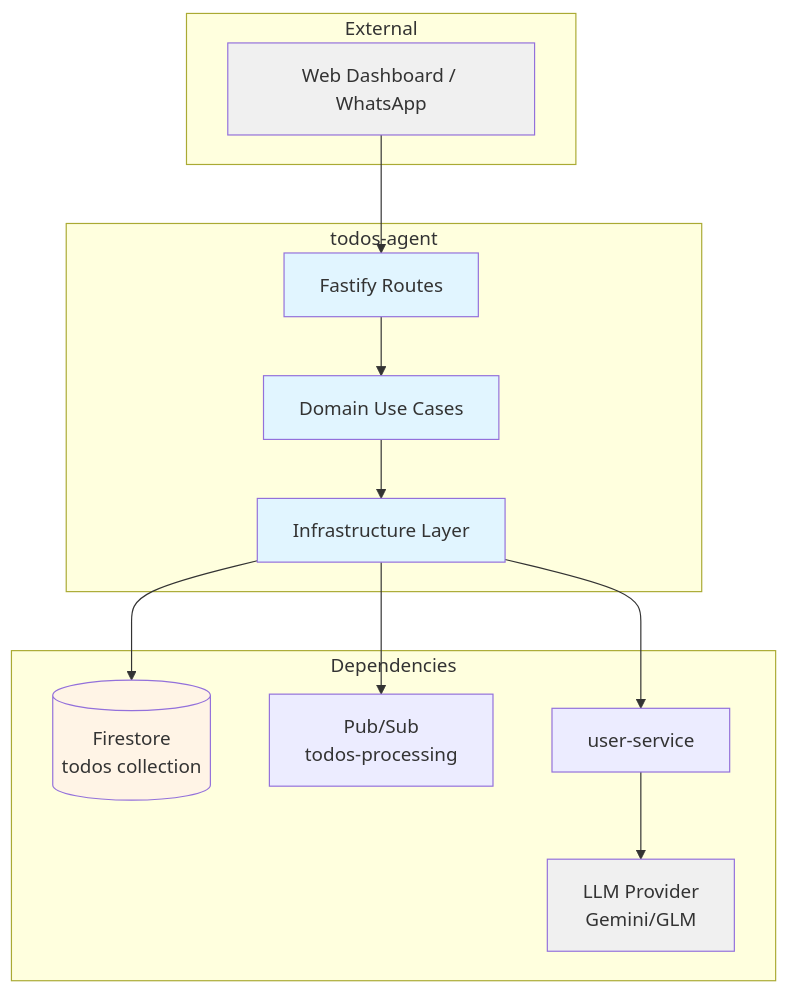
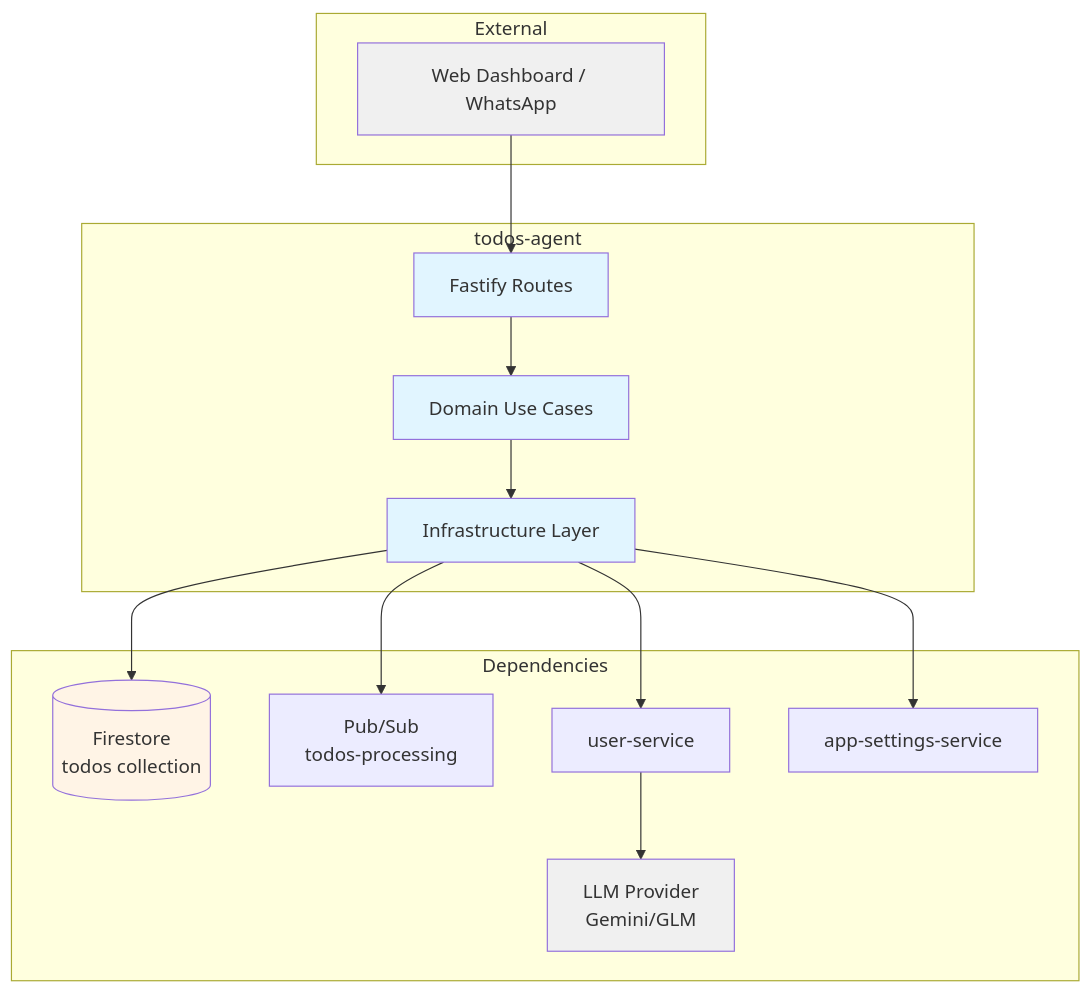
Before and after one commit to pbuchman/intexuraos: the first of 2 diagrams in docs/services/todos-agent/technical.md, drawn with Mermaid. The commit also changed other lines of this file and 102 other files, not shown here.

````diff
--- a/docs/services/todos-agent/technical.md
+++ b/docs/services/todos-agent/technical.md
@@ -9,35 +9,37 @@
 ```mermaid
 graph TB
     subgraph "External"
         Client[Web Dashboard / WhatsApp]
     end
 
     subgraph "todos-agent"
         API[Fastify Routes]
         Domain[Domain Use Cases]
         Infra[Infrastructure Layer]
     end
 
     subgraph "Dependencies"
         Firestore[(Firestore<br/>todos collection)]
         PubSub[Pub/Sub<br/>todos-processing]
         UserService[user-service]
+        AppSettings[app-settings-service]
         LLM[LLM Provider<br/>Gemini/GLM]
     end
 
     Client --> API
     API --> Domain
     Domain --> Infra
     Infra --> Firestore
     Infra --> PubSub
     Infra --> UserService
+    Infra --> AppSettings
     UserService --> LLM
 
     classDef service fill:#e1f5ff
     classDef storage fill:#fff4e6
     classDef external fill:#f0f0f0
 
     class API,Domain,Infra service
     class Firestore storage
     class Client,LLM external
 ```
````
